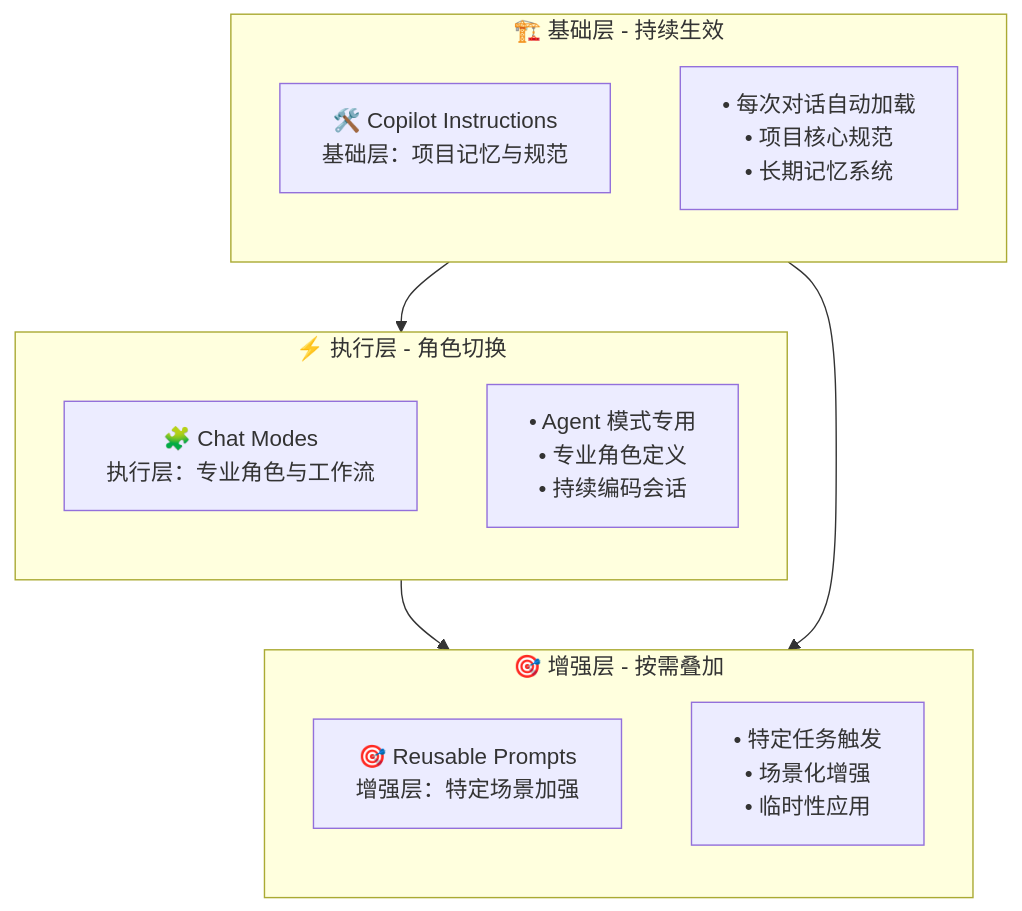
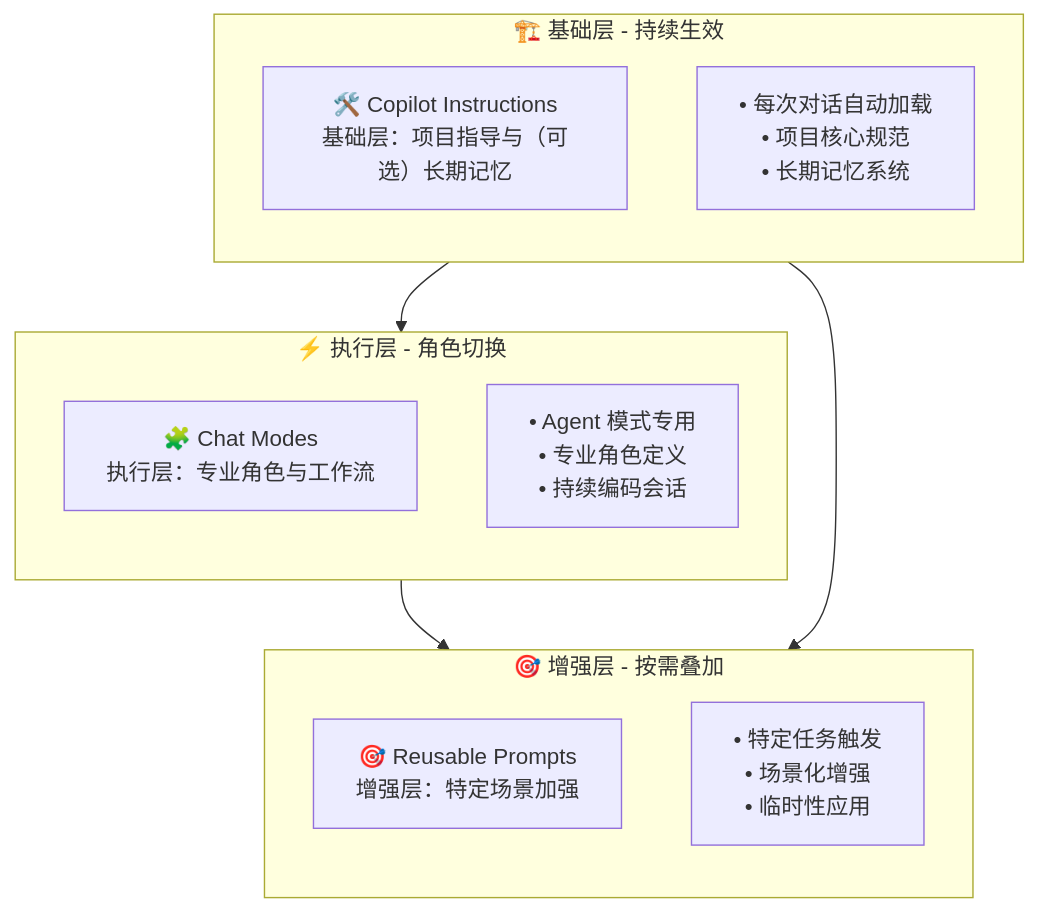
Before and after one commit to ghcpSharing/library: the first of 4 diagrams in guides/打造AWESOME-Copilot指南.md, drawn with Mermaid. The commit also changed other lines of this file, not shown here.

````diff
--- a/guides/打造AWESOME-Copilot指南.md
+++ b/guides/打造AWESOME-Copilot指南.md
@@ -42,24 +42,24 @@
 ```mermaid
 graph TD
-    CI[🛠️ Copilot Instructions<br/>基础层：项目记忆与规范] --> CM[🧩 Chat Modes<br/>执行层：专业角色与工作流]
+    CI[🛠️ Copilot Instructions<br/>基础层：项目指导与（可选）长期记忆] --> CM[🧩 Chat Modes<br/>执行层：专业角色与工作流]
     CI --> RP[🎯 Reusable Prompts<br/>增强层：特定场景加强]
     CM --> RP
     
     subgraph "🏗️ 基础层 - 持续生效"
         CI
         direction TB
         CI_DESC["• 每次对话自动加载<br/>• 项目核心规范<br/>• 长期记忆系统"]
     end
     
     subgraph "⚡ 执行层 - 角色切换"
         CM
         direction TB
         CM_DESC["• Agent 模式专用<br/>• 专业角色定义<br/>• 持续编码会话"]
     end
     
     subgraph "🎯 增强层 - 按需叠加"
         RP
         direction TB
         RP_DESC["• 特定任务触发<br/>• 场景化增强<br/>• 临时性应用"]
     end
 ```
````
